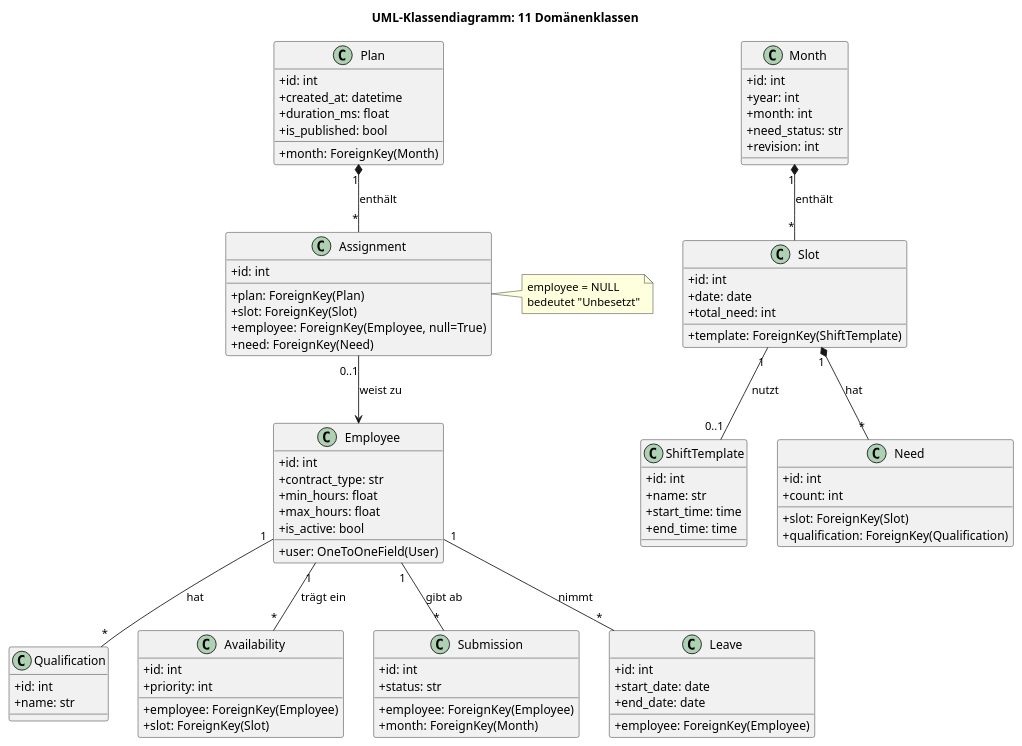
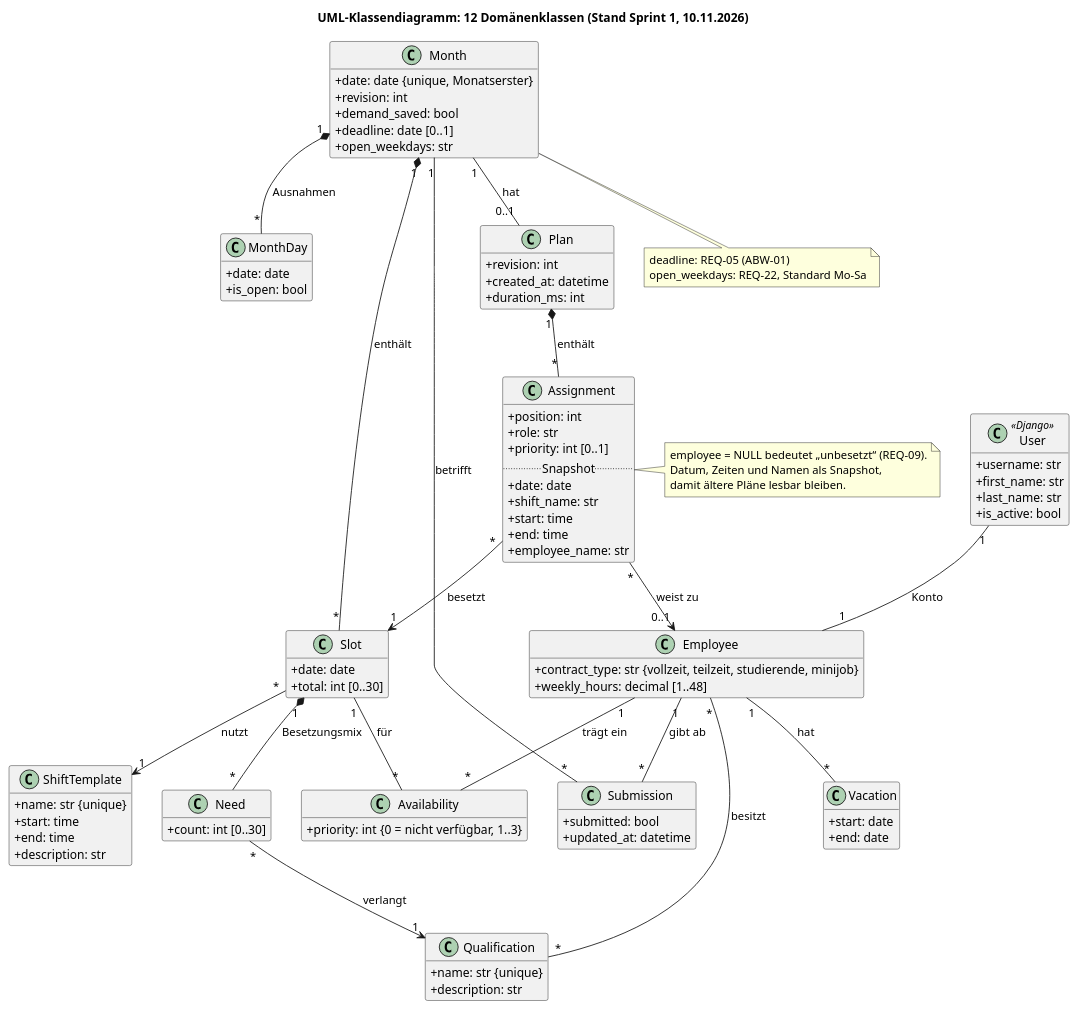
Before and after one commit to shiftplanner-hsfl-team/shiftplanner: the diagram in docs/design/klassen.puml, drawn with PlantUML. The commit also changed 1 other file, not shown here.

Commit message:
DESIGN #26: Klassen- und ER-Diagramm an Datenmodell nach Sprint 1 angepasst
Claude-Session: https://claude.ai/code/session_01CJMuJmYc1zFL9wgktzrjdH

```diff
--- a/docs/design/klassen.puml
+++ b/docs/design/klassen.puml
@@ -1,103 +1,115 @@
 @startuml
-title UML-Klassendiagramm: 11 Domänenklassen
+title UML-Klassendiagramm: 12 Domänenklassen (Stand Sprint 1, 10.11.2026)
 
 skinparam classAttributeIconSize 0
+hide empty methods
 
-class Employee {
-  +id: int
-  +user: OneToOneField(User)
-  +contract_type: str
-  +min_hours: float
-  +max_hours: float
+class User <<Django>> {
+  +username: str
+  +first_name: str
+  +last_name: str
   +is_active: bool
 }
 
+class Employee {
+  +contract_type: str {vollzeit, teilzeit, studierende, minijob}
+  +weekly_hours: decimal [1..48]
+}
+
 class Qualification {
-  +id: int
-  +name: str
+  +name: str {unique}
+  +description: str
 }
 
 class ShiftTemplate {
-  +id: int
-  +name: str
-  +start_time: time
-  +end_time: time
+  +name: str {unique}
+  +start: time
+  +end: time
+  +description: str
 }
 
 class Month {
-  +id: int
-  +year: int
-  +month: int
-  +need_status: str
+  +date: date {unique, Monatserster}
   +revision: int
+  +demand_saved: bool
+  +deadline: date [0..1]
+  +open_weekdays: str
+}
+
+class MonthDay {
+  +date: date
+  +is_open: bool
 }
 
 class Slot {
-  +id: int
   +date: date
-  +template: ForeignKey(ShiftTemplate)
-  +total_need: int
+  +total: int [0..30]
 }
 
 class Need {
-  +id: int
-  +slot: ForeignKey(Slot)
-  +qualification: ForeignKey(Qualification)
-  +count: int
+  +count: int [0..30]
 }
 
 class Availability {
-  +id: int
-  +employee: ForeignKey(Employee)
-  +slot: ForeignKey(Slot)
-  +priority: int
+  +priority: int {0 = nicht verfügbar, 1..3}
 }
 
 class Submission {
-  +id: int
-  +employee: ForeignKey(Employee)
-  +month: ForeignKey(Month)
-  +status: str
+  +submitted: bool
+  +updated_at: datetime
 }
 
-class Leave {
-  +id: int
-  +employee: ForeignKey(Employee)
-  +start_date: date
-  +end_date: date
+class Vacation {
+  +start: date
+  +end: date
 }
 
 class Plan {
-  +id: int
-  +month: ForeignKey(Month)
+  +revision: int
   +created_at: datetime
-  +duration_ms: float
-  +is_published: bool
+  +duration_ms: int
 }
 
 class Assignment {
-  +id: int
-  +plan: ForeignKey(Plan)
-  +slot: ForeignKey(Slot)
-  +employee: ForeignKey(Employee, null=True)
-  +need: ForeignKey(Need)
+  +position: int
+  +role: str
+  +priority: int [0..1]
+  .. Snapshot ..
+  +date: date
+  +shift_name: str
+  +start: time
+  +end: time
+  +employee_name: str
 }
 
-Employee "1" -- "*" Qualification : hat
+User "1" -- "1" Employee : Konto
+Employee "*" -- "*" Qualification : besitzt
 Employee "1" -- "*" Availability : trägt ein
 Employee "1" -- "*" Submission : gibt ab
-Employee "1" -- "*" Leave : nimmt
+Employee "1" -- "*" Vacation : hat
 
+Month "1" *-- "*" MonthDay : Ausnahmen
 Month "1" *-- "*" Slot : enthält
-Slot "1" *-- "*" Need : hat
-Slot "1" -- "0..1" ShiftTemplate : nutzt
+Month "1" -- "*" Submission : betrifft
+Month "1" -- "0..1" Plan : hat
+Slot "*" --> "1" ShiftTemplate : nutzt
+Slot "1" *-- "*" Need : Besetzungsmix
+Need "*" --> "1" Qualification : verlangt
+Slot "1" -- "*" Availability : für
 
 Plan "1" *-- "*" Assignment : enthält
-Assignment "0..1" --> Employee : weist zu
+Assignment "*" --> "1" Slot : besetzt
+Assignment "*" --> "0..1" Employee : weist zu
 
 note right of Assignment
-  employee = NULL
-  bedeutet "Unbesetzt"
+  employee = NULL bedeutet „unbesetzt“ (REQ-09).
+  Datum, Zeiten und Namen als Snapshot,
+  damit ältere Pläne lesbar bleiben.
+end note
+
+note bottom of Month
+  deadline: REQ-05 (ABW-01)
+  open_weekdays: REQ-22, Standard Mo–Sa
 end note
 
 @enduml
```
